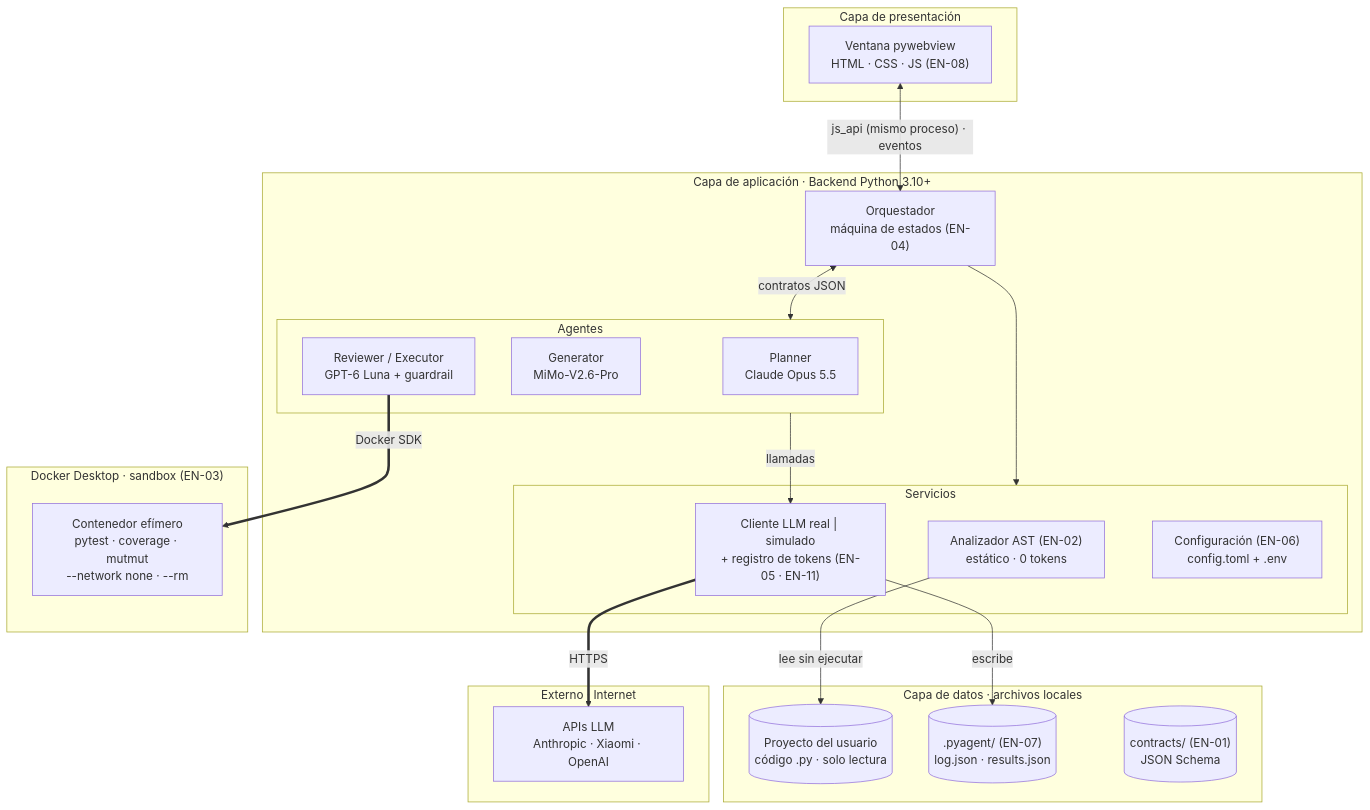
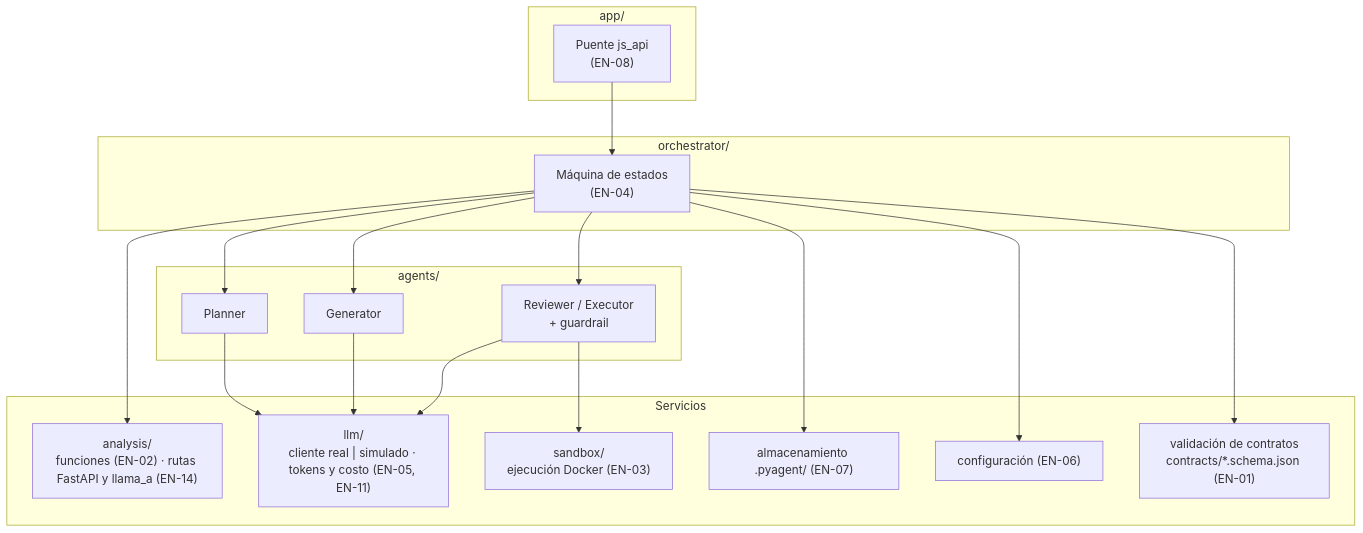
The third of 9 diagrams in docs/arquitectura.md (AngelOncoy/QAgent), drawn with Mermaid before and after one commit. The commit also changed other lines of this file, not shown here.

````diff
--- a/docs/arquitectura.md
+++ b/docs/arquitectura.md
@@ -38,44 +123,28 @@
 ```mermaid
 flowchart TB
-    subgraph UI["Capa de presentación"]
-        WIN["Ventana pywebview<br/>HTML · CSS · JS (EN-08)"]
+    subgraph APPL["app/"]
+        BRIDGE["Puente js_api<br/>(EN-08)"]
+    end
+    subgraph ORCH["orchestrator/"]
+        ORQ["Máquina de estados<br/>(EN-04)"]
+    end
+    subgraph AGENTS["agents/"]
+        PL["Planner"]
+        GE["Generator"]
+        RE["Reviewer / Executor<br/>+ guardrail"]
+    end
+    subgraph SERV["Servicios"]
+        AN["analysis/<br/>funciones (EN-02) · rutas FastAPI y llama_a (EN-14)"]
+        LLM["llm/<br/>cliente real | simulado · tokens y costo (EN-05, EN-11)"]
+        SBX["sandbox/<br/>ejecución Docker (EN-03)"]
+        STO["almacenamiento .pyagent/ (EN-07)"]
+        CFG["configuración (EN-06)"]
+        CON["validación de contratos<br/>contracts/*.schema.json (EN-01)"]
     end
 
-    subgraph APP["Capa de aplicación · Backend Python 3.10+"]
-        ORQ["Orquestador<br/>máquina de estados (EN-04)"]
-        subgraph AG["Agentes"]
-            PL["Planner<br/>Claude Opus 5.5"]
-            GE["Generator<br/>MiMo-V2.6-Pro"]
-            RE["Reviewer / Executor<br/>GPT-6 Luna + guardrail"]
-        end
-        subgraph SV["Servicios"]
-            AST["Analizador AST (EN-02)<br/>estático · 0 tokens"]
-            LLM["Cliente LLM real | simulado<br/>+ registro de tokens (EN-05 · EN-11)"]
-            CFG["Configuración (EN-06)<br/>config.toml + .env"]
-        end
-    end
-
-    subgraph DATA["Capa de datos · archivos locales"]
-        SRC[("Proyecto del usuario<br/>código .py · solo lectura")]
-        PYA[(".pyagent/ (EN-07)<br/>log.json · results.json")]
-        CON[("contracts/ (EN-01)<br/>JSON Schema")]
-    end
-
-    subgraph SB["Docker Desktop · sandbox (EN-03)"]
-        CT["Contenedor efímero<br/>pytest · coverage · mutmut<br/>--network none · --rm"]
-    end
-
-    subgraph EXT["Externo · Internet"]
-        API["APIs LLM<br/>Anthropic · Xiaomi · OpenAI"]
-    end
-
-    WIN <-->|"js_api (mismo proceso) · eventos"| ORQ
-    ORQ <-->|"contratos JSON"| AG
-    ORQ --> SV
-    AST -->|"lee sin ejecutar"| SRC
-    LLM -->|"escribe"| PYA
-    SV ~~~ CON
-    AG -->|"llamadas"| LLM
-    LLM ==>|"HTTPS"| API
-    RE ==>|"Docker SDK"| CT
+    BRIDGE --> ORQ
+    ORQ --> PL & GE & RE
+    ORQ --> AN & STO & CFG & CON
+    PL & GE & RE --> LLM
+    RE --> SBX
 ```
````
